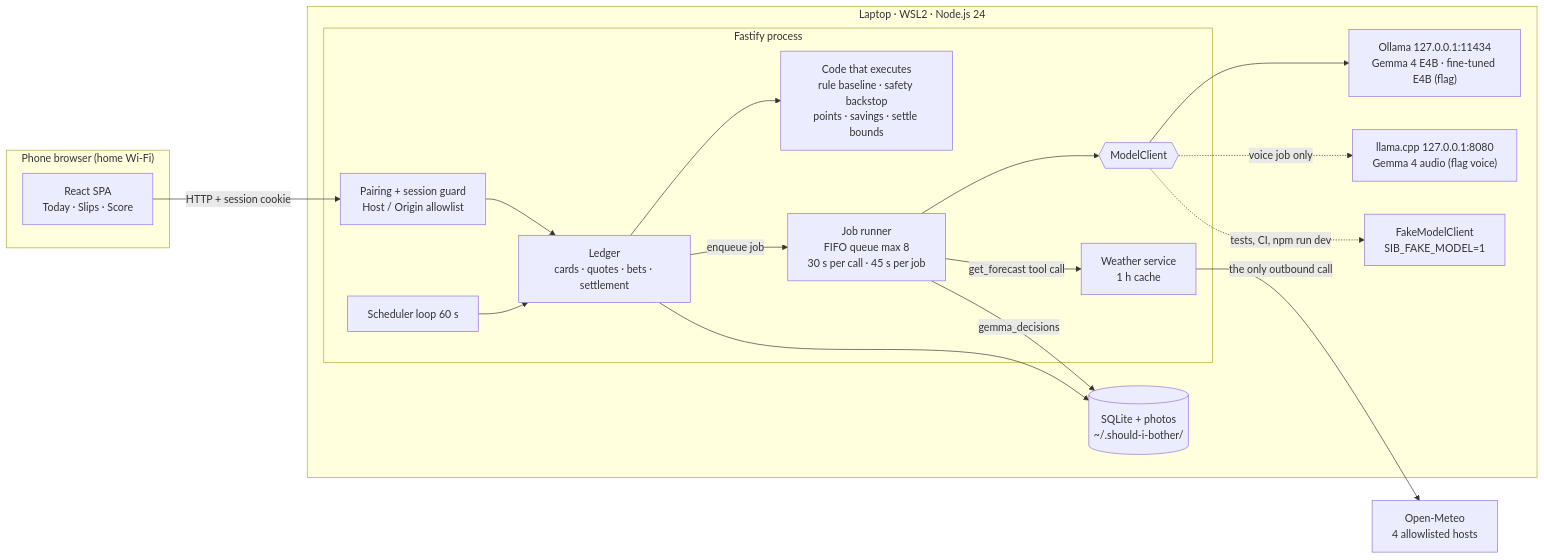
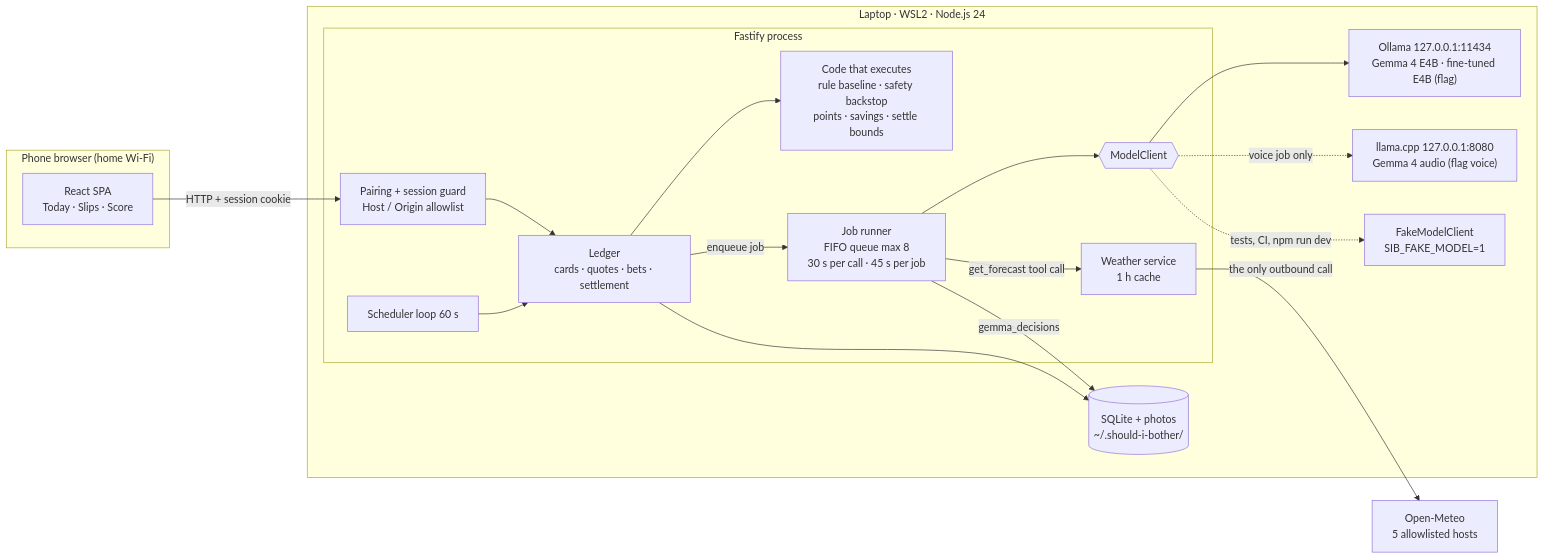
One commit to adricasi/ShouldIBother changed the first of 4 diagrams in docs/gemma.md. Above: the diagram before and after it, drawn with Mermaid. The commit also changed other lines of this file and 5 other files, not shown here.

````diff
--- a/docs/gemma.md
+++ b/docs/gemma.md
@@ -169,33 +171,33 @@
 ```mermaid
 flowchart LR
   subgraph Phone["Phone browser (home Wi-Fi)"]
     SPA["React SPA\nToday · Slips · Score"]
   end
   subgraph Laptop["Laptop · WSL2 · Node.js 24"]
     subgraph Fastify["Fastify process"]
       AUTH["Pairing + session guard\nHost / Origin allowlist"]
       LEDGER["Ledger\ncards · quotes · bets · settlement"]
       CODE["Code that executes\nrule baseline · safety backstop\npoints · savings · settle bounds"]
       RUNNER["Job runner\nFIFO queue max 8\n30 s per call · 45 s per job"]
       CLIENT{{"ModelClient"}}
       WX["Weather service\n1 h cache"]
       SCHED["Scheduler loop 60 s"]
     end
     DB[("SQLite + photos\n~/.should-i-bother/")]
     OLLAMA["Ollama 127.0.0.1:11434\nGemma 4 E4B · fine-tuned E4B (flag)"]
     LCPP["llama.cpp 127.0.0.1:8080\nGemma 4 audio (flag voice)"]
     FAKE["FakeModelClient\nSIB_FAKE_MODEL=1"]
   end
-  OM["Open-Meteo\n4 allowlisted hosts"]
+  OM["Open-Meteo\n5 allowlisted hosts"]
   SPA -- "HTTP + session cookie" --> AUTH --> LEDGER
   LEDGER --> CODE
   LEDGER -- "enqueue job" --> RUNNER --> CLIENT
   CLIENT --> OLLAMA
   CLIENT -. "voice job only" .-> LCPP
   CLIENT -. "tests, CI, npm run dev" .-> FAKE
   RUNNER -- "get_forecast tool call" --> WX
   WX -- "the only outbound call" --> OM
   SCHED --> LEDGER
   LEDGER --> DB
   RUNNER -- "gemma_decisions" --> DB
 ```
````
